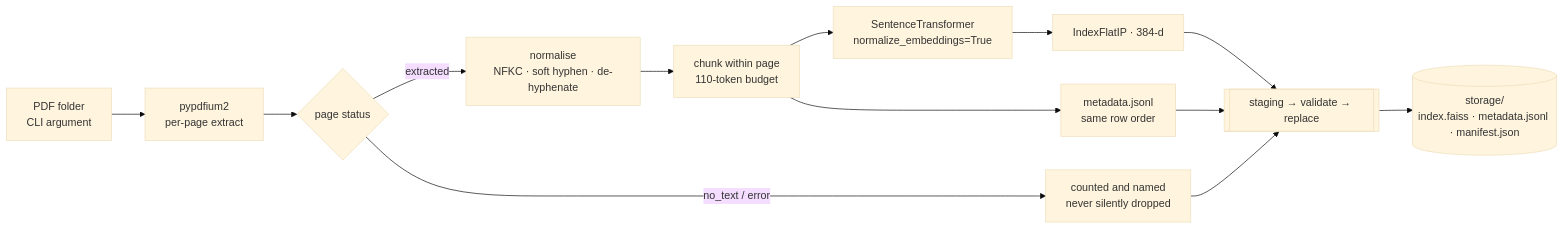
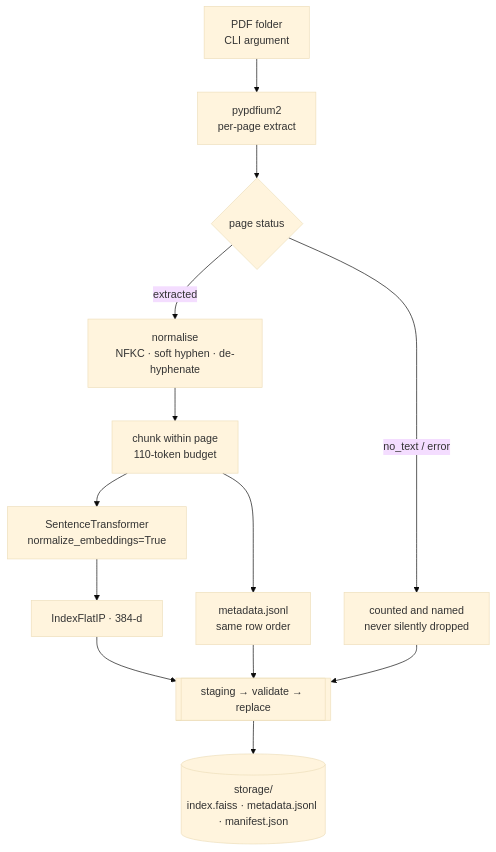
One commit to soneeee22000/pdf-search-api changed the first of 3 diagrams in README.md. Above: the diagram before and after it, drawn with Mermaid (base theme). The commit also changed other lines of this file, not shown here.

Commit message:
docs: lay the pipeline diagrams out top-down
Left-to-right, the ingestion and query flows are wider than the README
column, so the node labels render too small to read on GitHub. Top-down
matches the module diagram and stays legible.

````diff
--- a/README.md
+++ b/README.md
@@ -190,15 +190,15 @@
 ```mermaid
-flowchart LR
+flowchart TD
   A[PDF folder<br/>CLI argument] --> B[pypdfium2<br/>per-page extract]
   B --> C{page status}
   C -->|extracted| D["normalise<br/>NFKC · soft hyphen · de-hyphenate"]
   C -->|no_text / error| R[counted and named<br/>never silently dropped]
   D --> E[chunk within page<br/>110-token budget]
   E --> F["SentenceTransformer<br/>normalize_embeddings=True"]
   F --> G["IndexFlatIP · 384-d"]
   E --> H["metadata.jsonl<br/>same row order"]
   G --> I[["staging → validate → replace"]]
   H --> I
   R --> I
   I --> J[("storage/<br/>index.faiss · metadata.jsonl · manifest.json")]
 ```
````
